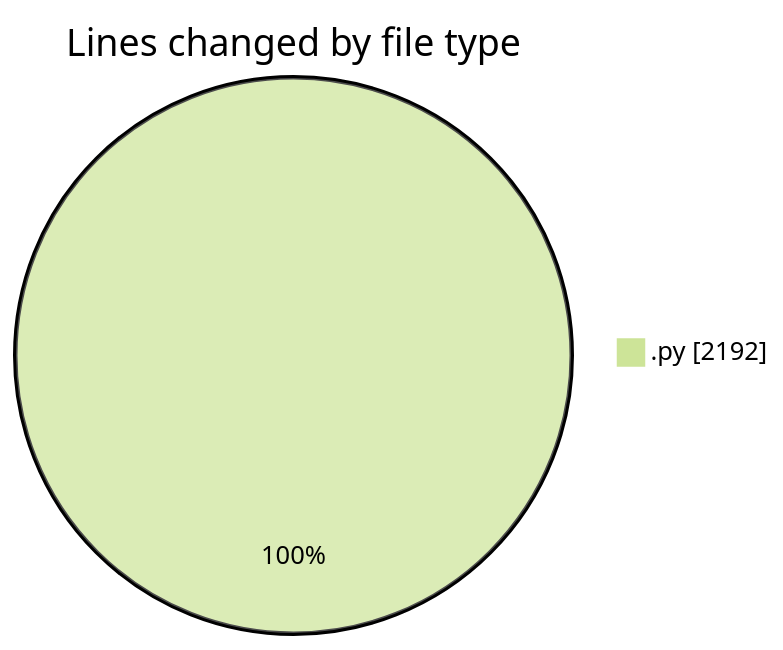
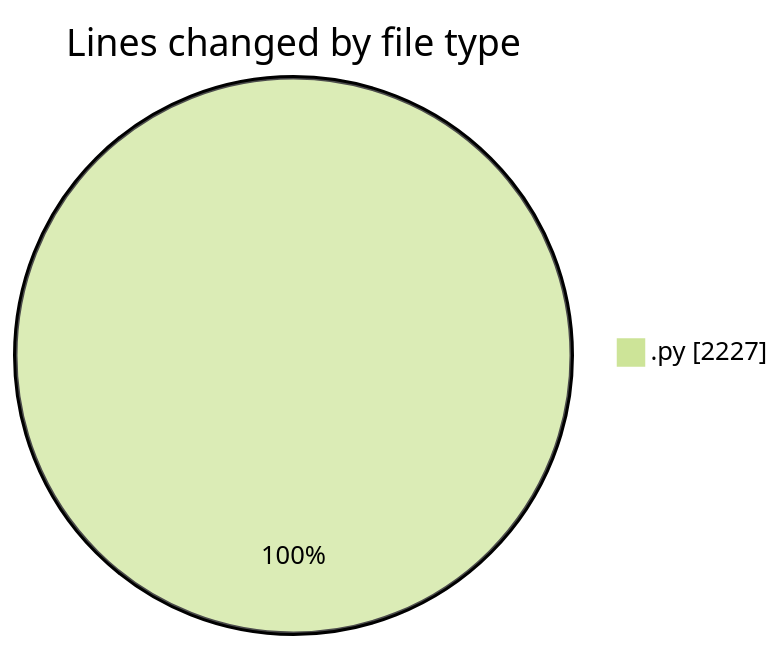
Before and after one commit to MatusMokan/code-tracking: the first of 2 diagrams in 2025-04-19/myws__workspace_/README.md, drawn with Mermaid (forest theme). The commit also changed other lines of this file and 1 other file, not shown here.

````diff
--- a/2025-04-19/myws__workspace_/README.md
+++ b/2025-04-19/myws__workspace_/README.md
@@ -24,5 +24,5 @@
 ```mermaid
 pie showData
 title Lines changed by file type
-".py" : 2192
+".py" : 2227
 ```
````
